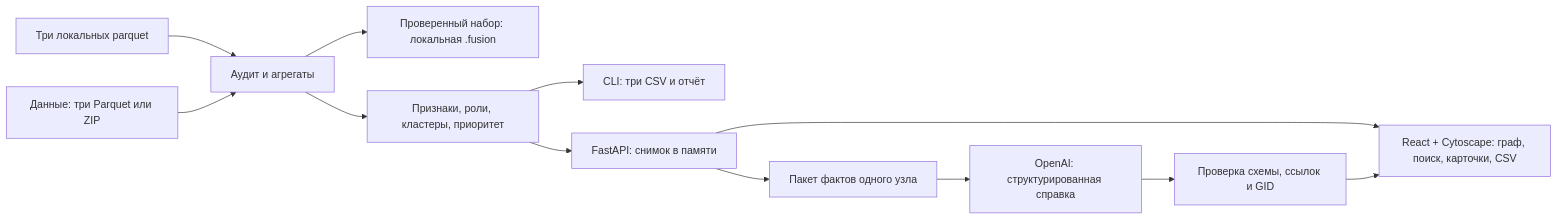
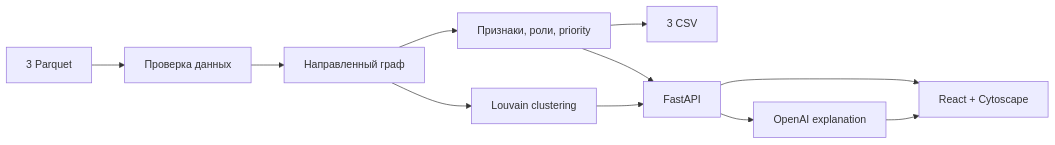
The diagram in README.md (BAITC-Hacks/hack-6480017d-fusion), drawn with Mermaid before and after one commit. The commit also changed other lines of this file, not shown here.

````diff
--- a/README.md
+++ b/README.md
@@ -158,14 +108,13 @@
 ```mermaid
 flowchart LR
-    D[Три локальных parquet] --> A[Аудит и агрегаты]
-    I[Данные: три Parquet или ZIP] --> A
-    A --> S[Проверенный набор: локальная .fusion]
-    A --> C[Признаки, роли, кластеры, приоритет]
-    C --> F[CLI: три CSV и отчёт]
-    C --> B[FastAPI: снимок в памяти]
-    B --> U[React + Cytoscape: граф, поиск, карточки, CSV]
-    B --> Q[Пакет фактов одного узла]
-    Q --> O[OpenAI: структурированная справка]
-    O --> V[Проверка схемы, ссылок и GID]
-    V --> U
+    D[3 Parquet] --> A[Проверка данных]
+    A --> G[Направленный граф]
+    G --> C[Признаки, роли, priority]
+    G --> L[Louvain clustering]
+    C --> F[3 CSV]
+    C --> B[FastAPI]
+    L --> B
+    B --> U[React + Cytoscape]
+    B --> O[OpenAI explanation]
+    O --> U
 ```
````
